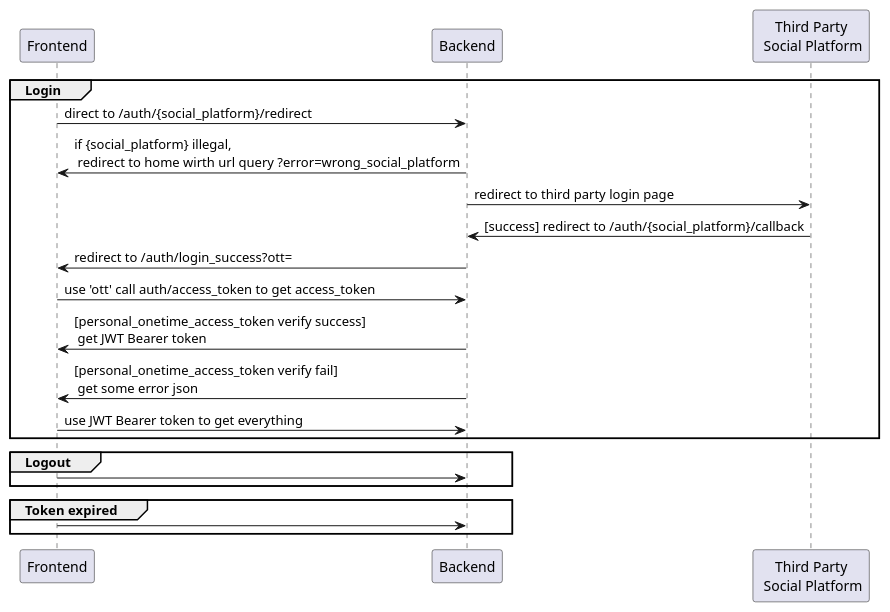
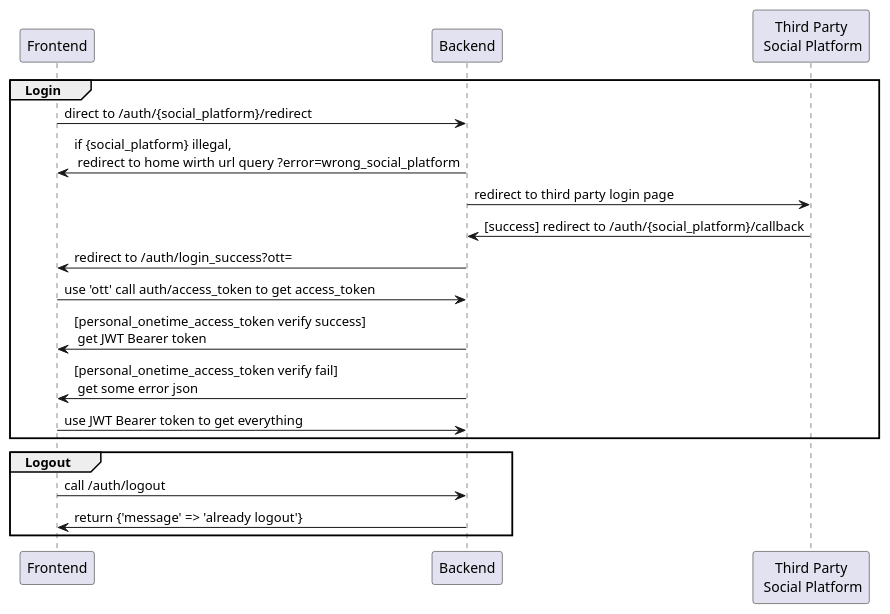
One commit to dopamine908/math-sharing changed the diagram in docs/social-login-flow-chart.puml. Above: the diagram before and after it, drawn with PlantUML.

Commit message:
docs: 消改社群登入流程圖
issue: #26

```diff
--- a/docs/social-login-flow-chart.puml
+++ b/docs/social-login-flow-chart.puml
@@ -1,27 +1,28 @@
 @startuml
 
 group Login
     "Frontend" -> "Backend" : direct to /auth/{social_platform}/redirect
     "Frontend" <- "Backend" : if {social_platform} illegal,\n redirect to home wirth url query ?error=wrong_social_platform
 
     "Backend" -> "Third Party\n Social Platform" : redirect to third party login page
     "Third Party\n Social Platform" -> Backend : [success] redirect to /auth/{social_platform}/callback
 
     "Backend" -> "Frontend" : redirect to /auth/login_success?ott=
 
     "Frontend" -> "Backend" : use 'ott' call auth/access_token to get access_token
     "Backend" -> "Frontend" : [personal_onetime_access_token verify success]\n get JWT Bearer token
     "Backend" -> "Frontend" : [personal_onetime_access_token verify fail]\n get some error json
 
     "Frontend" -> "Backend" : use JWT Bearer token to get everything
 end
 
 group Logout
-    "Frontend" -> "Backend" :
+    "Frontend" -> "Backend" : call /auth/logout
+    "Backend" -> "Frontend" : return {'message' => 'already logout'}
 end
 
-group Token expired
-    "Frontend" -> "Backend" :
-end
+'group Token expired
+'    "Frontend" -> "Backend" :
+'end
 
 @enduml
```
